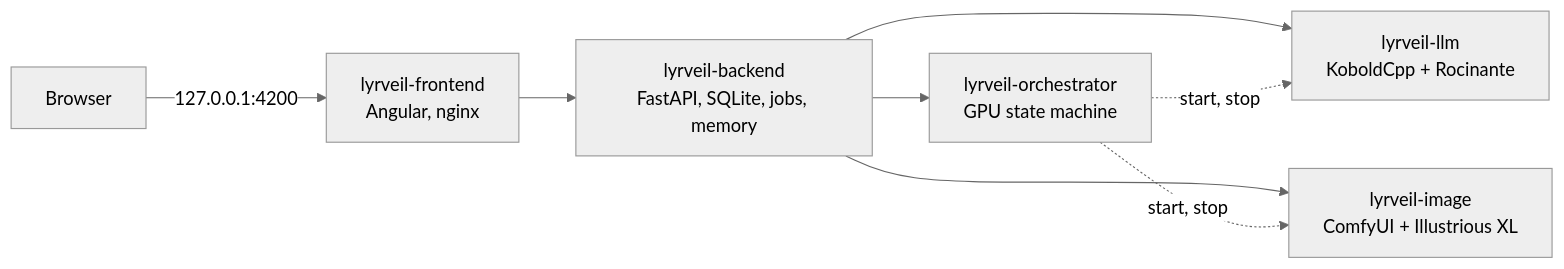
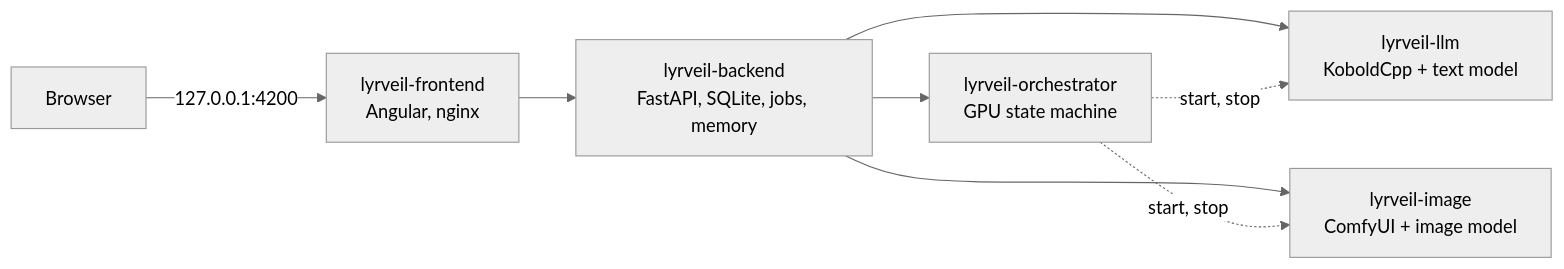
Before and after one commit to AjimuZ/Lyrveil: the diagram in README.md, drawn with Mermaid (neutral theme). The commit also changed other lines of this file and 33 other files, not shown here.

````diff
--- a/README.md
+++ b/README.md
@@ -28,10 +28,10 @@
 ```mermaid
 flowchart LR
   B["Browser"] -->|"127.0.0.1:4200"| F["lyrveil-frontend<br/>Angular, nginx"]
   F --> K["lyrveil-backend<br/>FastAPI, SQLite, jobs, memory"]
   K --> O["lyrveil-orchestrator<br/>GPU state machine"]
-  K --> L["lyrveil-llm<br/>KoboldCpp + Rocinante"]
-  K --> I["lyrveil-image<br/>ComfyUI + Illustrious XL"]
+  K --> L["lyrveil-llm<br/>KoboldCpp + text model"]
+  K --> I["lyrveil-image<br/>ComfyUI + image model"]
   O -.->|"start, stop"| L
   O -.->|"start, stop"| I
 ```
````
